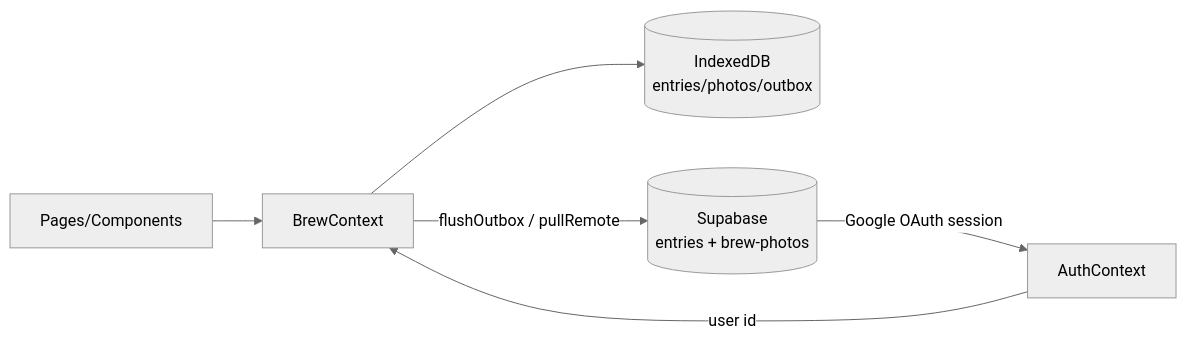
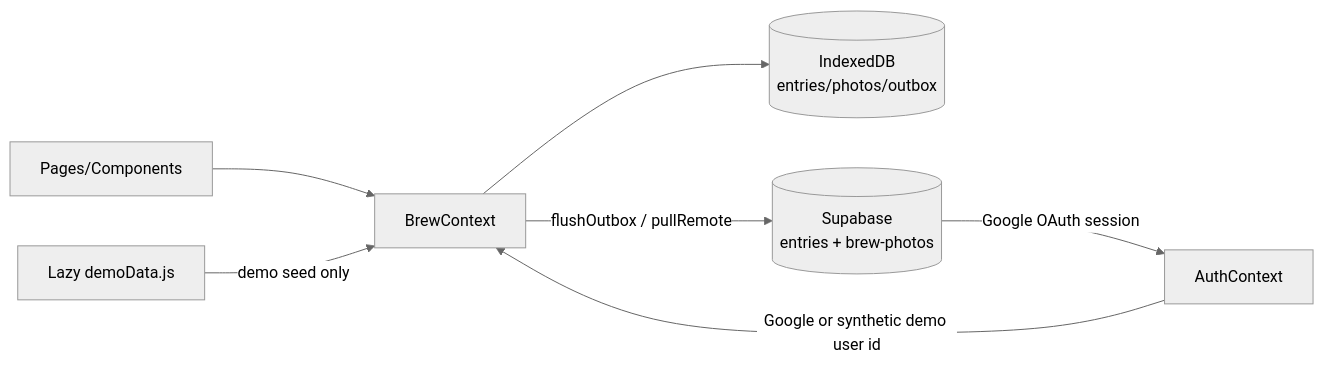
Before and after one commit to dihelium/brew-log: the diagram in docs/ARCHI.md, drawn with Mermaid (neutral theme). The commit also changed other lines of this file and 17 other files, not shown here.

````diff
--- a/docs/ARCHI.md
+++ b/docs/ARCHI.md
@@ -87,8 +95,9 @@
 ```mermaid
 flowchart LR
   UI[Pages/Components] --> BC[BrewContext]
   BC --> Cache[(IndexedDB\nentries/photos/outbox)]
   BC -->|flushOutbox / pullRemote| SB[(Supabase\nentries + brew-photos)]
-  Auth[AuthContext] -->|user id| BC
+  Auth[AuthContext] -->|Google or synthetic demo user id| BC
+  Demo[Lazy demoData.js] -->|demo seed only| BC
   SB -->|Google OAuth session| Auth
 ```
````
